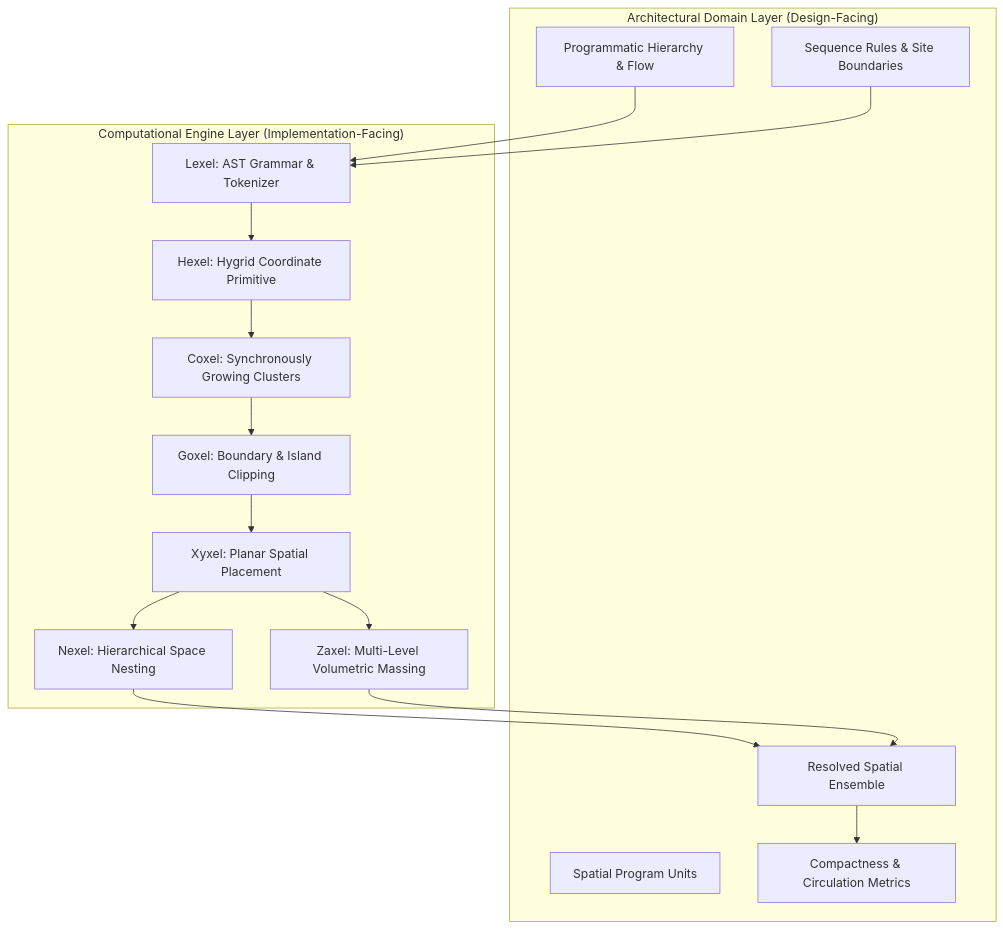
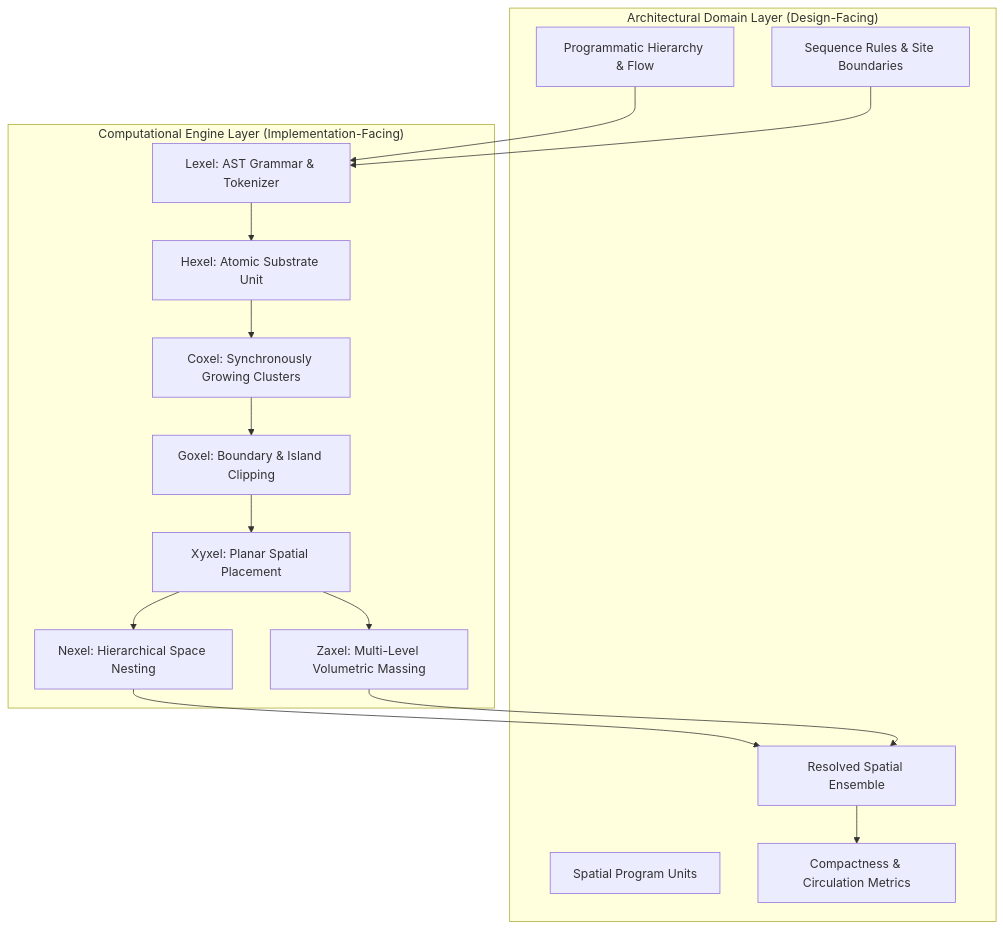
Before and after one commit to vykrum/Hywe: the diagram in README.md, drawn with Mermaid. The commit also changed other lines of this file and 1 other file, not shown here.

Commit message:
docs: formalize Hygrid as discrete spatial computational substrate

````diff
--- a/README.md
+++ b/README.md
@@ -65,32 +65,32 @@
 ```mermaid
 graph TD
     subgraph "Architectural Domain Layer (Design-Facing)"
         Intent[Programmatic Hierarchy & Flow]
         Rules[Sequence Rules & Site Boundaries]
         SpatialUnit[Spatial Program Units]
         SpatialEnsemble[Resolved Spatial Ensemble]
         AnalysisOut[Compactness & Circulation Metrics]
     end
 
     subgraph "Computational Engine Layer (Implementation-Facing)"
         Lexel[Lexel: AST Grammar & Tokenizer]
-        Hexel[Hexel: Hygrid Coordinate Primitive]
+        Hexel[Hexel: Atomic Substrate Unit]
         Coxel[Coxel: Synchronously Growing Clusters]
         Goxel[Goxel: Boundary & Island Clipping]
         Xyxel[Xyxel: Planar Spatial Placement]
         Nexel[Nexel: Hierarchical Space Nesting]
         Zaxel[Zaxel: Multi-Level Volumetric Massing]
     end
 
     Intent --> Lexel
     Rules --> Lexel
     Lexel --> Hexel
     Hexel --> Coxel
     Coxel --> Goxel
     Goxel --> Xyxel
     Xyxel --> Nexel
     Xyxel --> Zaxel
     Nexel --> SpatialEnsemble
     Zaxel --> SpatialEnsemble
     SpatialEnsemble --> AnalysisOut
 ```
````
